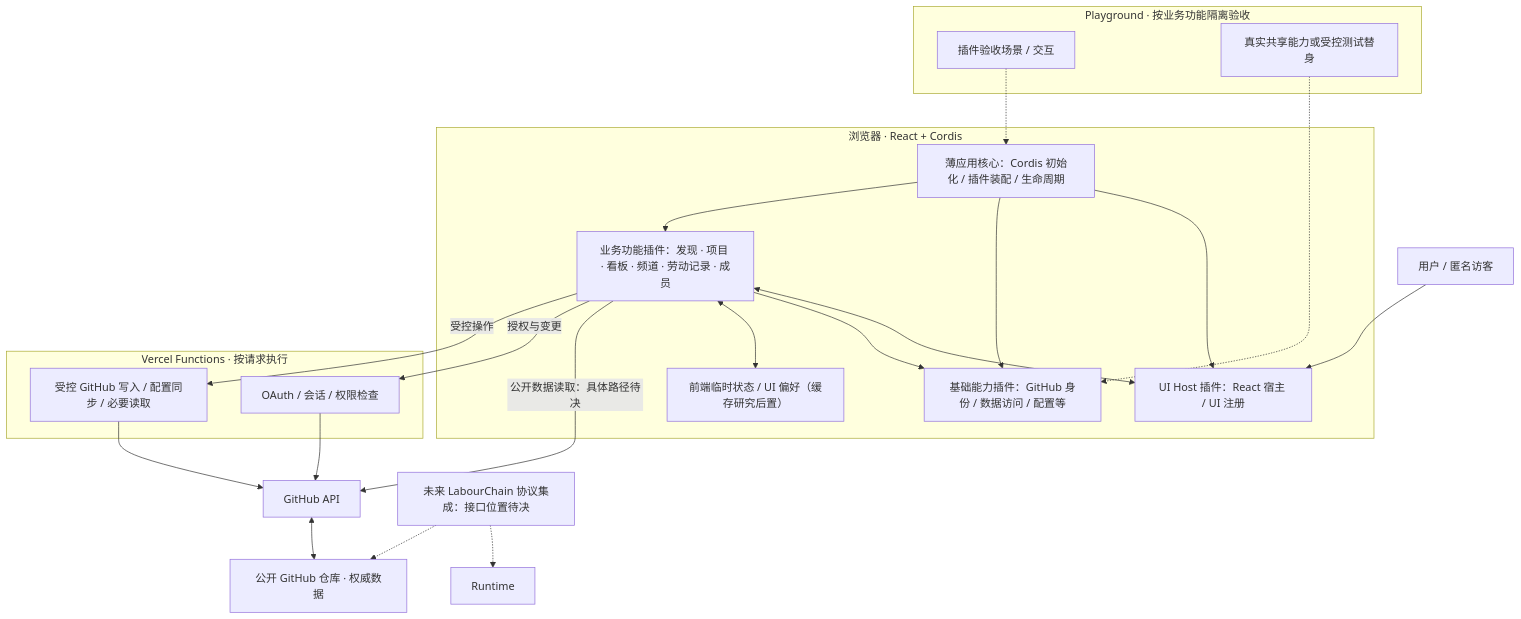
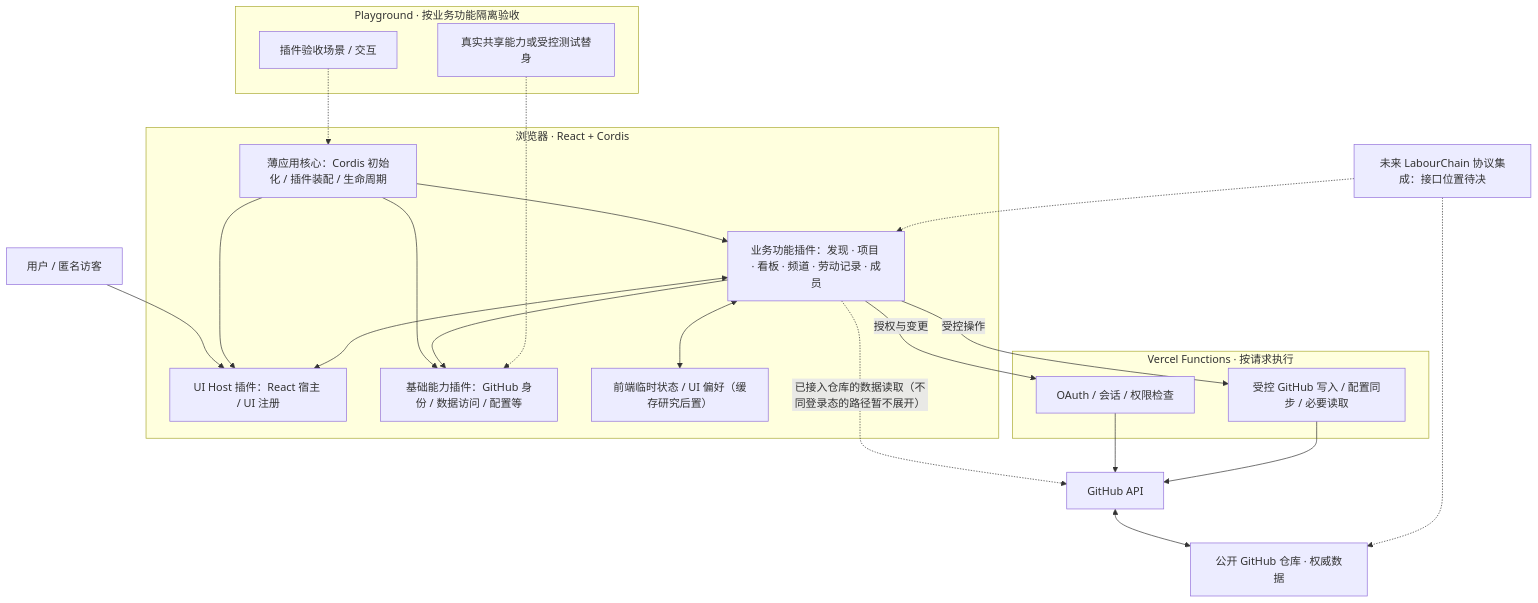
One commit to Ri0n72Y/hackathon-platform changed the diagram in docs/architecture.md. Above: the diagram before and after it, drawn with Mermaid. The commit also changed other lines of this file, not shown here.

Commit message:
docs: reconcile MVP spec domain constraints into architecture map

````diff
--- a/docs/architecture.md
+++ b/docs/architecture.md
@@ -34,35 +38,35 @@
 ```mermaid
 flowchart TB
   User["用户 / 匿名访客"] --> UI
   subgraph Browser["浏览器 · React + Cordis"]
     Core["薄应用核心：Cordis 初始化 / 插件装配 / 生命周期"]
     UI["UI Host 插件：React 宿主 / UI 注册"]
     Shared["基础能力插件：GitHub 身份 / 数据访问 / 配置等"]
     Features["业务功能插件：发现 · 项目 · 看板 · 频道 · 劳动记录 · 成员"]
     State["前端临时状态 / UI 偏好（缓存研究后置）"]
     Core --> UI
     Core --> Shared
     Core --> Features
     Features <--> UI
     Features --> Shared
     Features <--> State
   end
   subgraph PG["Playground · 按业务功能隔离验收"]
     Cases["插件验收场景 / 交互"]
     Supports["真实共享能力或受控测试替身"]
   end
   Cases -.-> Core
   Supports -.-> Shared
   subgraph Server["Vercel Functions · 按请求执行"]
     Auth["OAuth / 会话 / 权限检查"]
     Ops["受控 GitHub 写入 / 配置同步 / 必要读取"]
   end
-  Features -->|"公开数据读取：具体路径待决"| GH["GitHub API"]
+  Features -.->|"已接入仓库的数据读取（不同登录态的路径暂不展开）"| GH["GitHub API"]
   Features -->|"授权与变更"| Auth
   Features -->|"受控操作"| Ops
   Auth --> GH
   Ops --> GH
   GH <--> Repos["公开 GitHub 仓库 · 权威数据"]
-  Future["未来 LabourChain 协议集成：接口位置待决"] -.-> Runtime
+  Future["未来 LabourChain 协议集成：接口位置待决"] -.-> Features
   Future -.-> Repos
 ```
````
